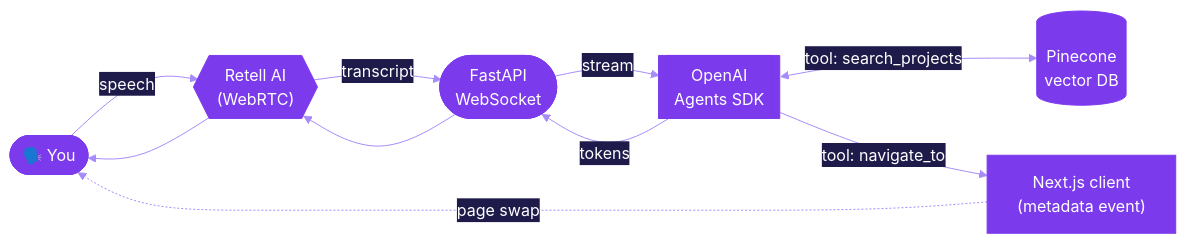
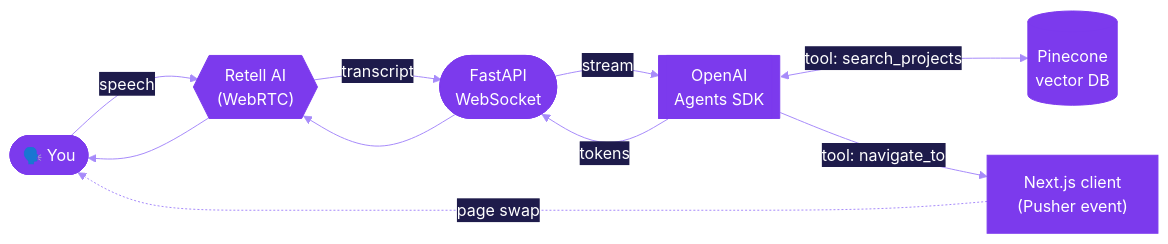
One commit to IdkwhatImD0ing/PortfolioV4 changed the diagram in README.md. Above: the diagram before and after it, drawn with Mermaid. The commit also changed other lines of this file and 29 other files, not shown here.

````diff
--- a/README.md
+++ b/README.md
@@ -41,11 +41,11 @@
 ```mermaid
 %%{init: {'theme':'base', 'themeVariables': {'primaryColor':'#7C3AED','primaryTextColor':'#fff','primaryBorderColor':'#7C3AED','lineColor':'#A78BFA','secondaryColor':'#1E1B4B','tertiaryColor':'#0a0a0a'}}}%%
 flowchart LR
   U(["🗣️ You"]) -- "speech" --> R{{"Retell AI<br/>(WebRTC)"}}
   R -- "transcript" --> WS(["FastAPI<br/>WebSocket"])
   WS -- "stream" --> A[["OpenAI<br/>Agents SDK"]]
   A <-- "tool: search_projects" --> P[("Pinecone<br/>vector DB")]
-  A -- "tool: navigate_to" --> N["Next.js client<br/>(metadata event)"]
+  A -- "tool: navigate_to" --> N["Next.js client<br/>(Pusher event)"]
   A -- "tokens" --> WS --> R --> U
   N -. "page swap" .-> U
 ```
````
